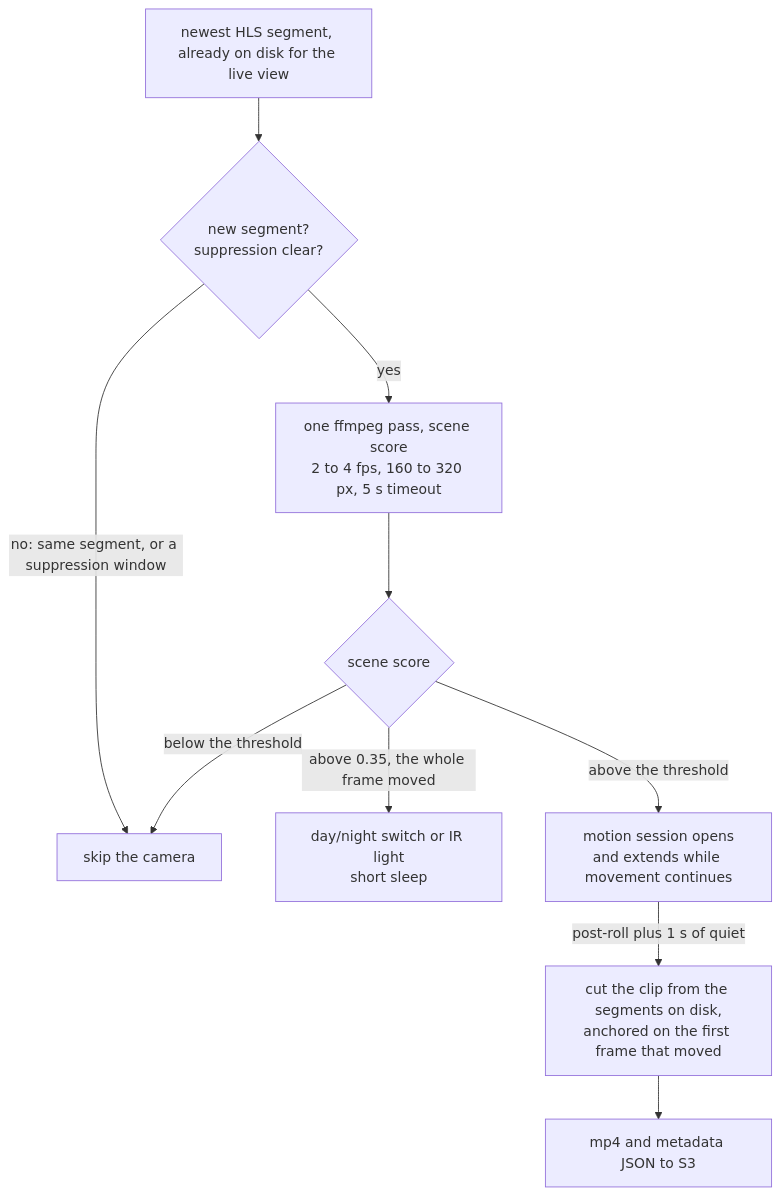
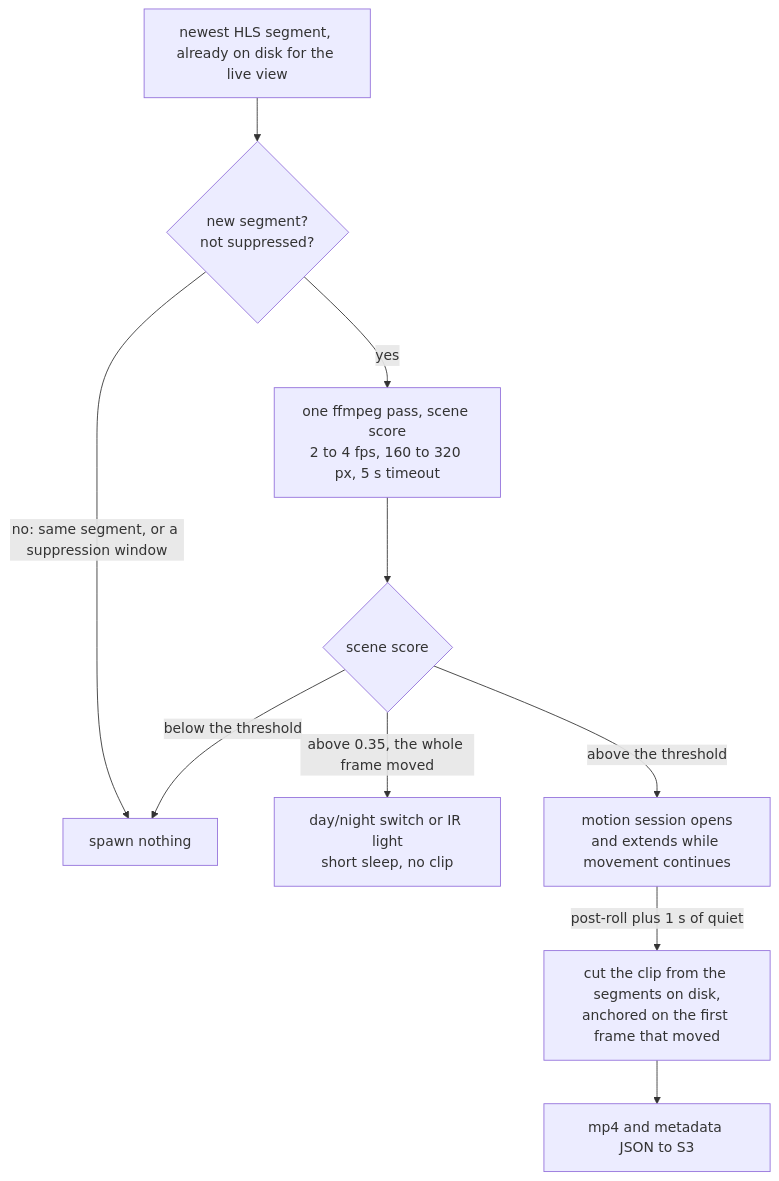
One commit to Franciskid/homelab-camera changed the second of 3 diagrams in README.md. Above: the diagram before and after it, drawn with Mermaid. The commit also changed other lines of this file, not shown here.

````diff
--- a/README.md
+++ b/README.md
@@ -69,12 +69,12 @@
 ```mermaid
 flowchart TD
-  seg["newest HLS segment, already on disk for the live view"] --> gate{"new segment?<br/>suppression clear?"}
-  gate -->|"no: same segment, or a suppression window"| skip["skip the camera"]
+  seg["newest HLS segment, already on disk for the live view"] --> gate{"new segment?<br/>not suppressed?"}
+  gate -->|"no: same segment, or a suppression window"| skip["spawn nothing"]
   gate -->|yes| score["one ffmpeg pass, scene score<br/>2 to 4 fps, 160 to 320 px, 5 s timeout"]
   score --> verdict{"scene score"}
   verdict -->|"below the threshold"| skip
-  verdict -->|"above 0.35, the whole frame moved"| night["day/night switch or IR light<br/>short sleep"]
+  verdict -->|"above 0.35, the whole frame moved"| night["day/night switch or IR light<br/>short sleep, no clip"]
   verdict -->|"above the threshold"| sess["motion session opens<br/>and extends while movement continues"]
   sess -->|"post-roll plus 1 s of quiet"| cut["cut the clip from the segments on disk,<br/>anchored on the first frame that moved"]
   cut --> s3["mp4 and metadata JSON to S3"]
 ```
````
